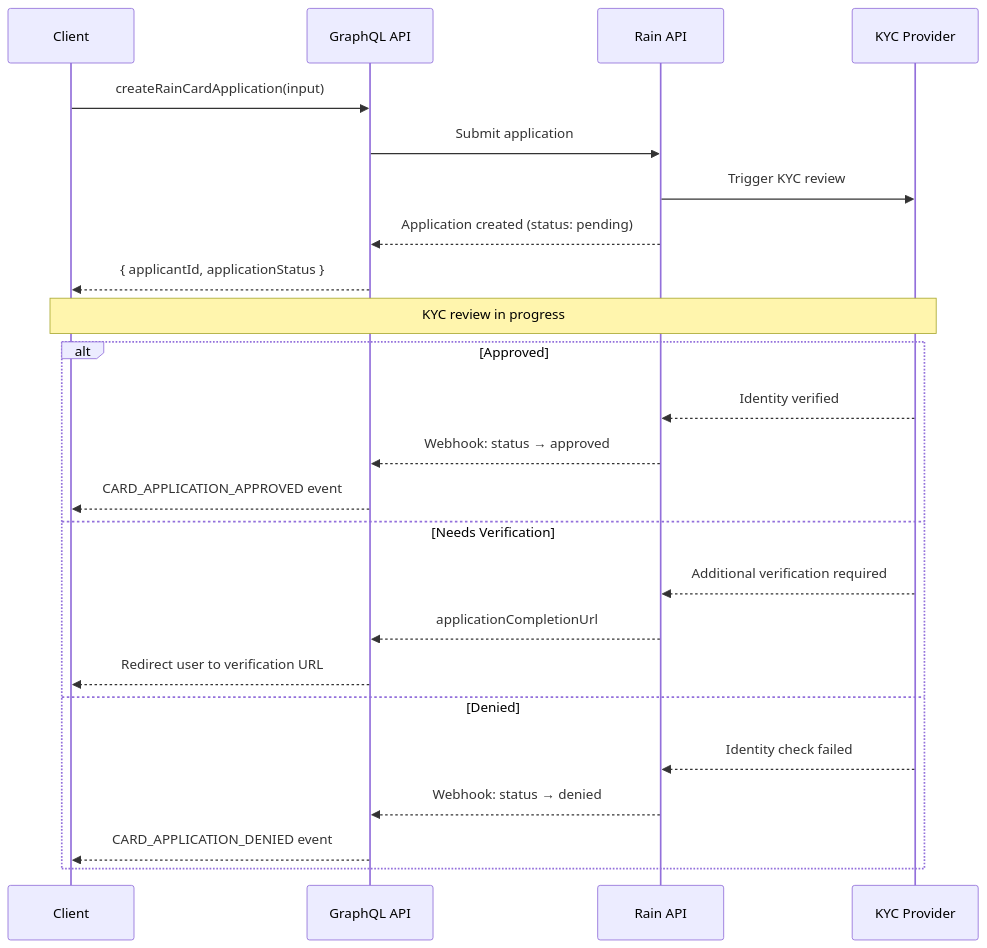
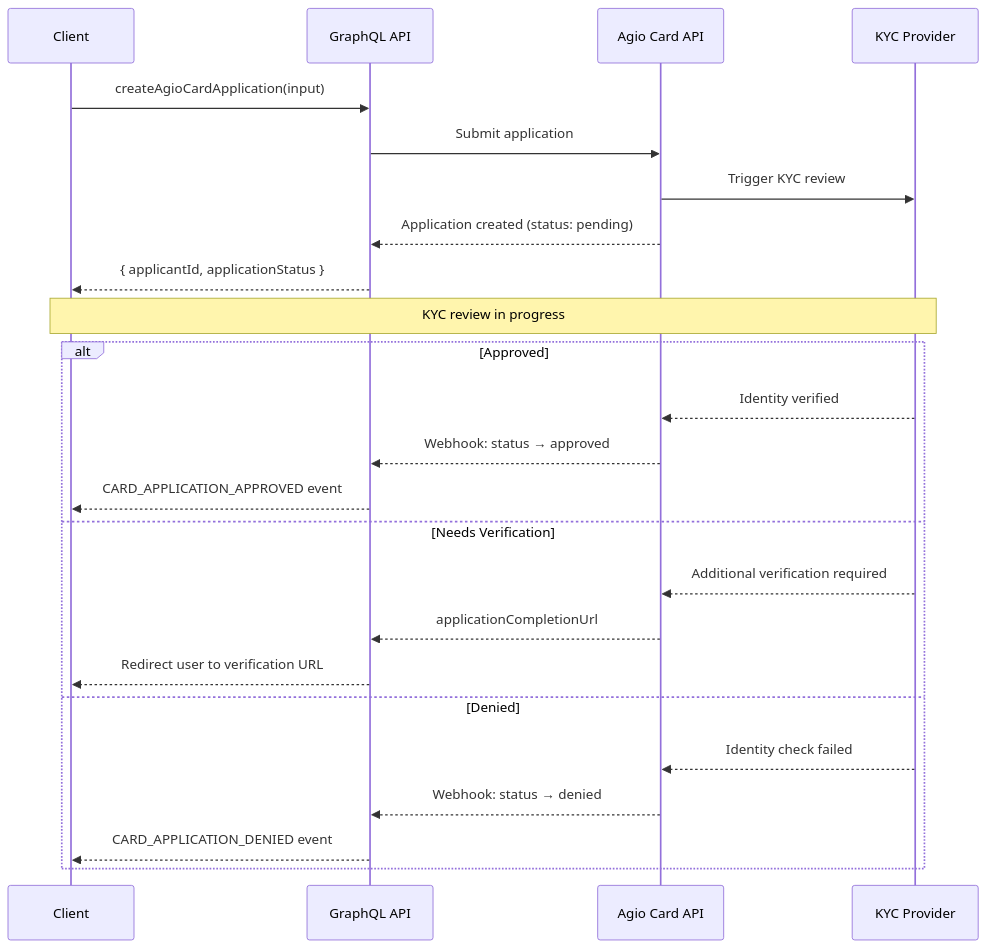
The first of 2 diagrams in docs/pages/guides/cards/apply.md (agio-digital/agio-docs), drawn with Mermaid before and after one commit. The commit also changed other lines of this file and 18 other files, not shown here.

First line of the commit message:
refactor: rebrand Rain → Agio Cards across all docs

````diff
--- a/docs/pages/guides/cards/apply.md
+++ b/docs/pages/guides/cards/apply.md
@@ -15,29 +15,29 @@
 ```mermaid
 sequenceDiagram
     participant Client
     participant API as GraphQL API
-    participant Rain as Rain API
+    participant Agio as Agio Card API
     participant KYC as KYC Provider
 
-    Client->>API: createRainCardApplication(input)
-    API->>Rain: Submit application
-    Rain->>KYC: Trigger KYC review
-    Rain-->>API: Application created (status: pending)
+    Client->>API: createAgioCardApplication(input)
+    API->>Agio: Submit application
+    Agio->>KYC: Trigger KYC review
+    Agio-->>API: Application created (status: pending)
     API-->>Client: { applicantId, applicationStatus }
 
     Note over Client,KYC: KYC review in progress
 
     alt Approved
-        KYC-->>Rain: Identity verified
-        Rain-->>API: Webhook: status → approved
+        KYC-->>Agio: Identity verified
+        Agio-->>API: Webhook: status → approved
         API-->>Client: CARD_APPLICATION_APPROVED event
     else Needs Verification
-        KYC-->>Rain: Additional verification required
-        Rain-->>API: applicationCompletionUrl
+        KYC-->>Agio: Additional verification required
+        Agio-->>API: applicationCompletionUrl
         API-->>Client: Redirect user to verification URL
     else Denied
-        KYC-->>Rain: Identity check failed
-        Rain-->>API: Webhook: status → denied
+        KYC-->>Agio: Identity check failed
+        Agio-->>API: Webhook: status → denied
         API-->>Client: CARD_APPLICATION_DENIED event
     end
 ```
````
